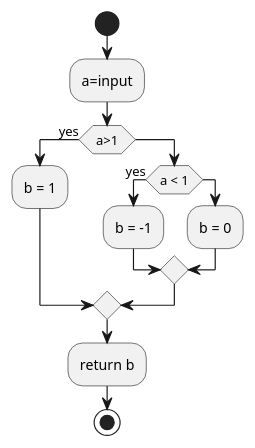
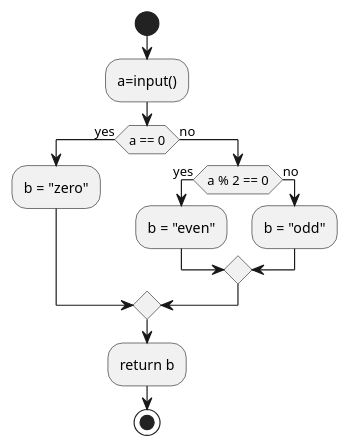
One commit to 2DGD-F0TH/2DGD_F0TH changed the diagram in raw_resources/images/computer_science/cyclomatic_1.puml. Above: the diagram before and after it, drawn with PlantUML. The commit also changed 1 other file, not shown here.

```diff
--- a/raw_resources/images/computer_science/cyclomatic_1.puml
+++ b/raw_resources/images/computer_science/cyclomatic_1.puml
@@ -1,16 +1,15 @@
 @startuml
 start
-:a=input;
-if (a>1) then (yes)
-    /'-[#blue]->'/
-    :b = 1;
-else
-    if (a < 1) then (yes)
-        :b = -1;
-    else
-        :b = 0;
+:a=input();
+if (a == 0) then (yes)
+    :b = "zero";
+else (no)
+    if (a % 2 == 0) then (yes)
+        :b = "even";
+    else (no)
+        :b = "odd";
     endif
 endif
 :return b;
 stop
 @enduml
```
